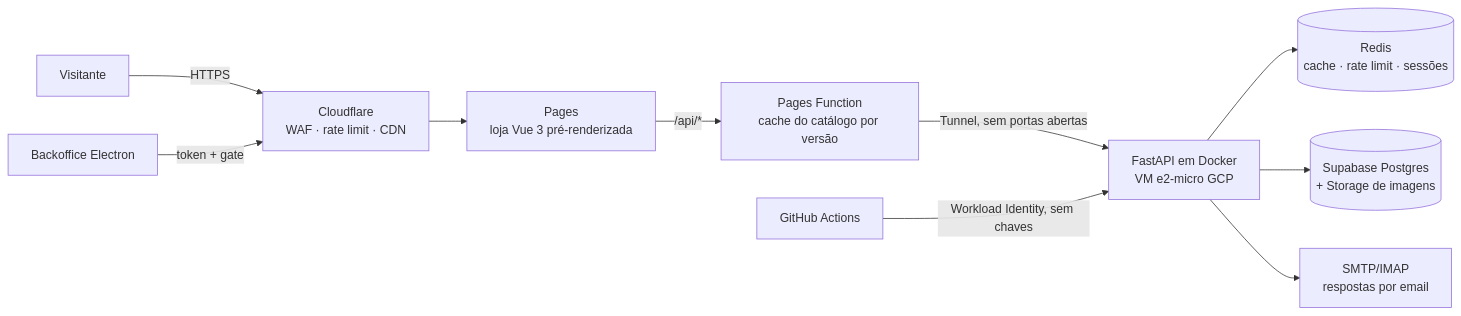
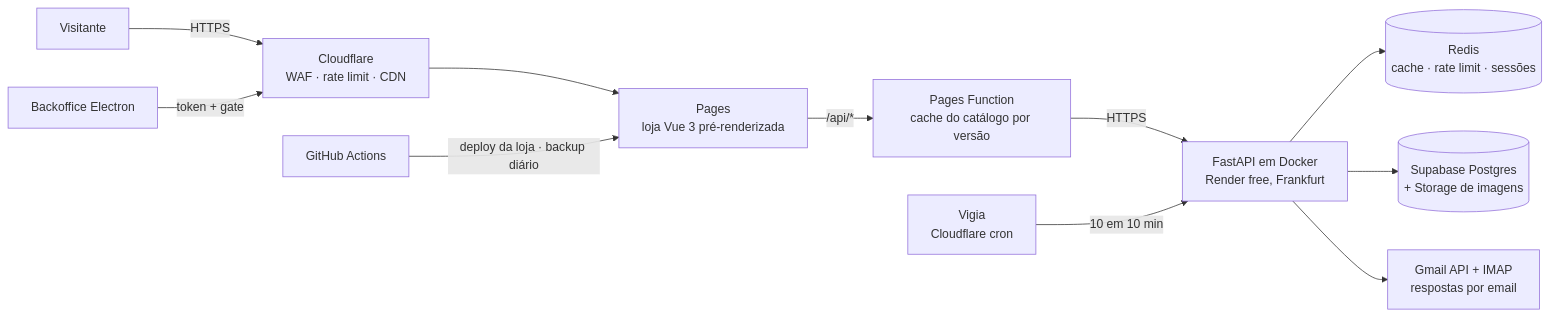
The diagram in README.md (tomascms/diomika-platform), drawn with Mermaid before and after one commit. The commit also changed other lines of this file and 429 other files, not shown here.

````diff
--- a/README.md
+++ b/README.md
@@ -23,12 +23,13 @@
 ```mermaid
 flowchart LR
   V[Visitante] -->|HTTPS| CF[Cloudflare<br/>WAF · rate limit · CDN]
   CF --> P[Pages<br/>loja Vue 3 pré-renderizada]
   P -->|/api/*| E[Pages Function<br/>cache do catálogo por versão]
-  E -->|Tunnel, sem portas abertas| API[FastAPI em Docker<br/>VM e2-micro GCP]
+  E -->|HTTPS| API[FastAPI em Docker<br/>Render free, Frankfurt]
   B[Backoffice Electron] -->|token + gate| CF
   API --> R[(Redis<br/>cache · rate limit · sessões)]
   API --> DB[(Supabase Postgres<br/>+ Storage de imagens)]
-  API --> M[SMTP/IMAP<br/>respostas por email]
-  GH[GitHub Actions] -->|Workload Identity, sem chaves| API
+  API --> M[Gmail API + IMAP<br/>respostas por email]
+  GH[GitHub Actions] -->|deploy da loja · backup diário| P
+  W[Vigia<br/>Cloudflare cron] -->|10 em 10 min| API
 ```
````
